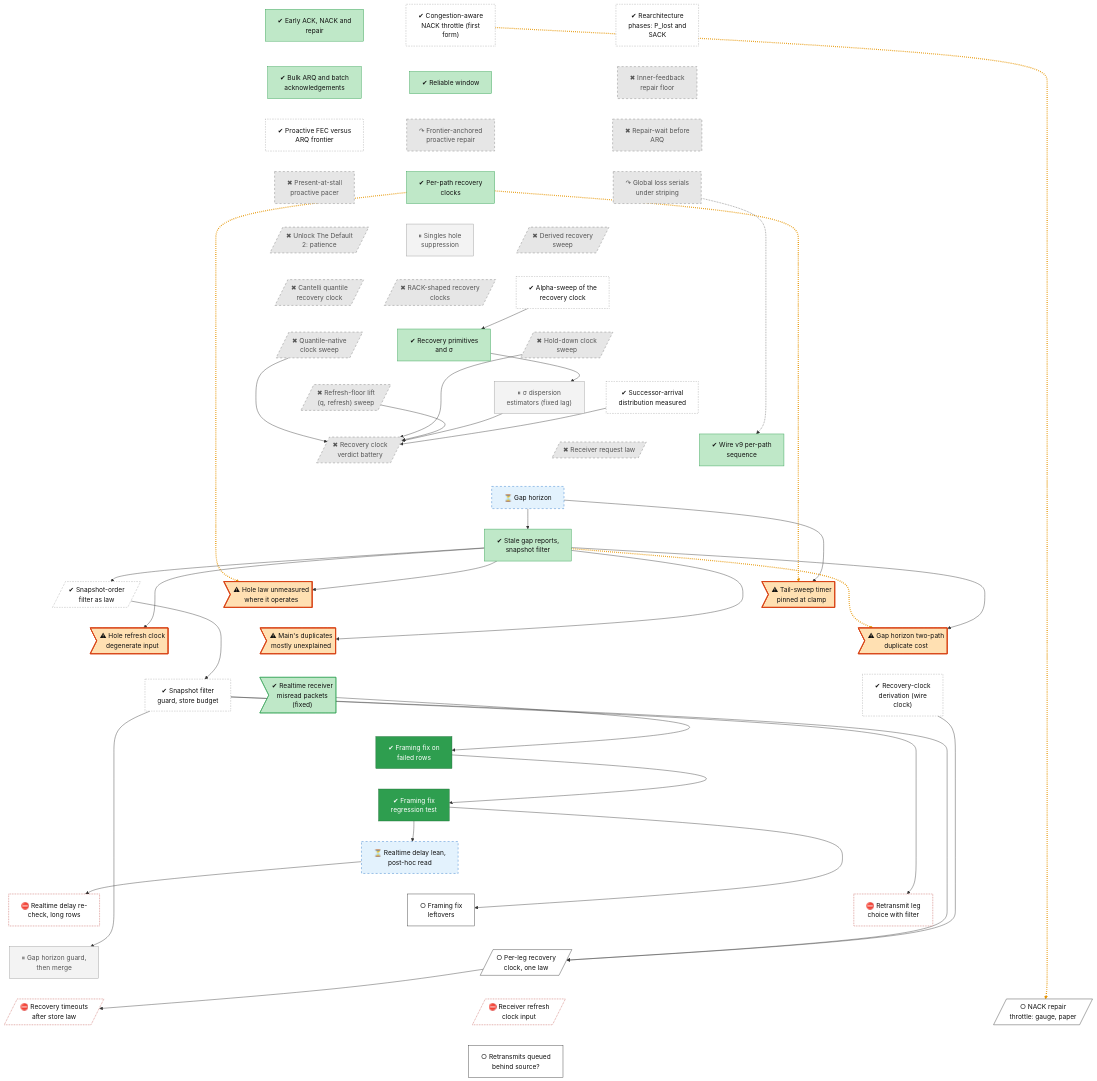
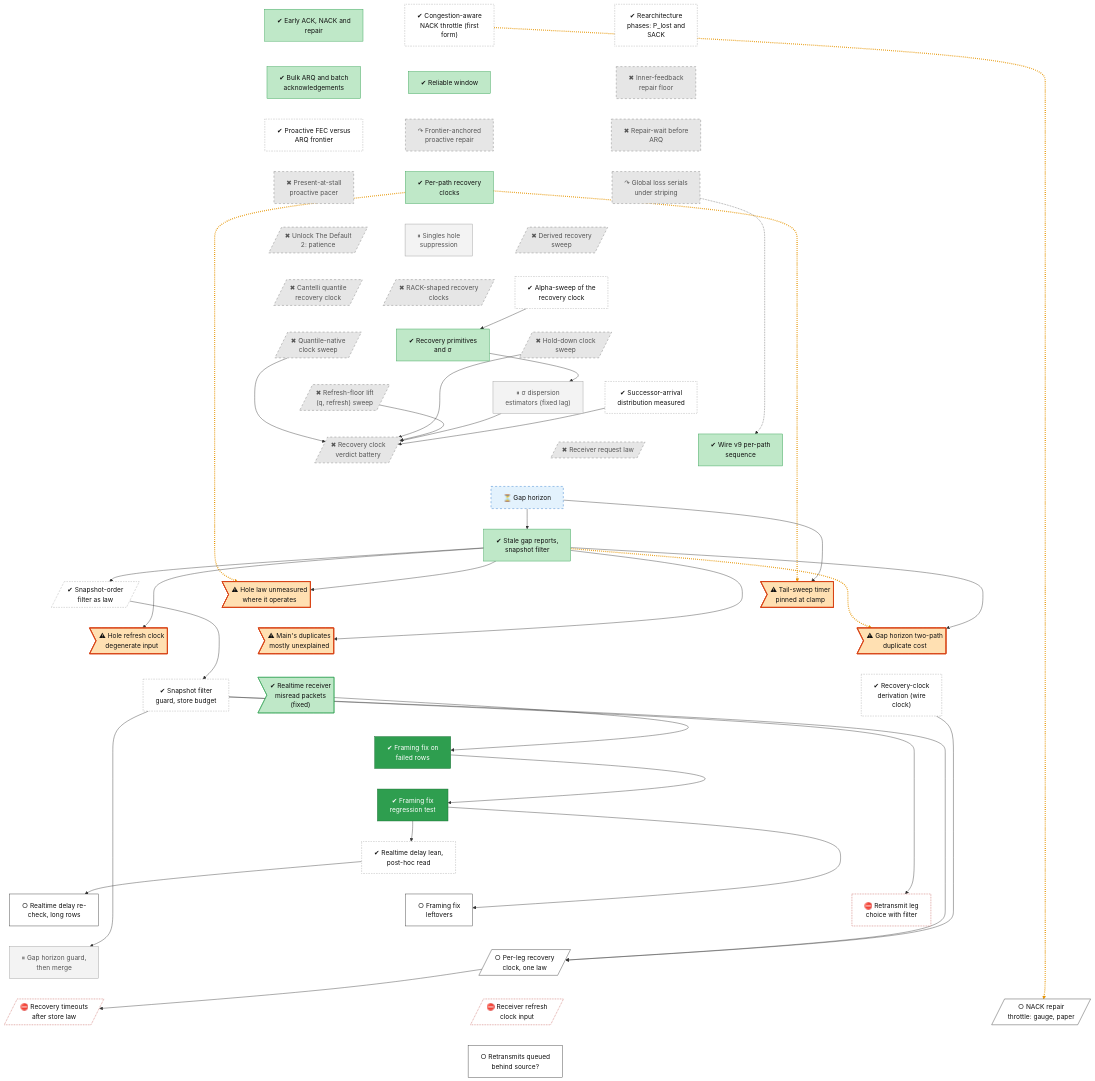
One commit to lhns/raptorpath changed the diagram in docs/roadmap/tracks/rec.md. Above: the diagram before and after it, drawn with Mermaid. The commit also changed other lines of this file and 7 other files, not shown here.

First line of the commit message:
roadmap: next VM step and the delay re-check on the overview, spare-clamp question back to in progress, off-Bulk sweep notes its rebuild; node schema committed; status: the Realtime delay lean read post hoc (no regression shown; in-order delay to re-check on long rows)

````diff
--- a/docs/roadmap/tracks/rec.md
+++ b/docs/roadmap/tracks/rec.md
@@ -49,8 +49,8 @@
     rec_defect_realtime_framing>"✔ Realtime receiver<br/>misread packets<br/>(fixed)"]
     rec_s63_f2_first_contact["✔ Framing fix on<br/>failed rows"]
     rec_f2_merge_guard["✔ Framing fix<br/>regression test"]
-    rec_s64_delay_lean["⏳ Realtime delay lean,<br/>post-hoc read"]
-    rec_realtime_delay_recheck["⛔ Realtime delay re-<br/>check, long rows"]
+    rec_s64_delay_lean["✔ Realtime delay lean,<br/>post-hoc read"]
+    rec_realtime_delay_recheck["○ Realtime delay re-<br/>check, long rows"]
     rec_framing_followups["○ Framing fix<br/>leftovers"]
     rec_w0_leg_question["⛔ Retransmit leg<br/>choice with filter"]
     rec_leverb_guard["⏸ Gap horizon guard,<br/>then merge"]
@@ -158,12 +158,12 @@
     classDef defect fill:#ffe0b2,stroke:#d84315,stroke-width:2px,color:#111
     classDef waiting fill:#e3f2fd,stroke:#1f6fc5,stroke-dasharray:5 5,color:#111
     class rec_early_arq,rec_bulk_arq,rec_reliable_window,rec_per_path_clocks,rec_goal100,rec_wire_v9,rec_snapver_filter,rec_defect_realtime_framing succ
-    class rec_nack_congestion,rec_plost_sack,rec_fec_vs_arq,rec_alpha_sweep,rec_successor_arrival,rec_snapver_law,rec_s54_session,rec_wire_clock_derivation unrated
+    class rec_nack_congestion,rec_plost_sack,rec_fec_vs_arq,rec_alpha_sweep,rec_successor_arrival,rec_snapver_law,rec_s54_session,rec_wire_clock_derivation,rec_s64_delay_lean unrated
     class rec_p10a_repair_floor,rec_inline_repair,rec_proactive_repair,rec_present_at_stall,rec_mp_serial,rec_patience_derived,rec_clock_candidates,rec_rack_clocks,rec_cantelli_clock,rec_qnative_clock,rec_holddown_clock,rec_refresh_floor,rec_goal101,rec_receiver_law dead
     class rec_recov_sp,rec_dispersion_est,rec_leverb_guard parked
-    class rec_gap_horizon,rec_s64_delay_lean waiting
+    class rec_gap_horizon waiting
     class rec_defect_qclk_clamp,rec_defect_hole_law,rec_defect_refresh_input,rec_leverb_c1d_cost,rec_defect_base_duplicates defect
     class rec_s63_f2_first_contact,rec_f2_merge_guard vsucc
-    class rec_realtime_delay_recheck,rec_w0_leg_question,rec_recovery_timeouts,rec_fix_refresh_clock blocked
-    class rec_framing_followups,rec_fix_perleg_clock_n1,rec_fix_nack_throttle,rec_retx_behind_source next
+    class rec_realtime_delay_recheck,rec_framing_followups,rec_fix_perleg_clock_n1,rec_fix_nack_throttle,rec_retx_behind_source next
+    class rec_w0_leg_question,rec_recovery_timeouts,rec_fix_refresh_clock blocked
 ```
````
